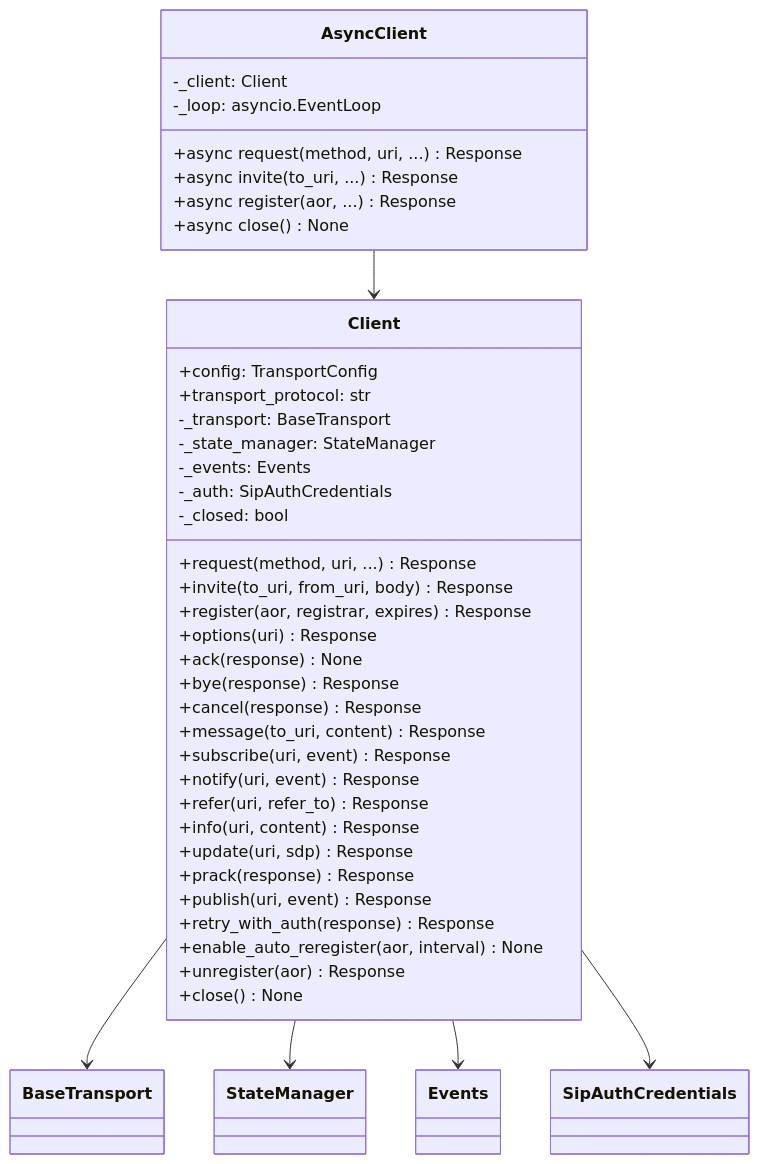
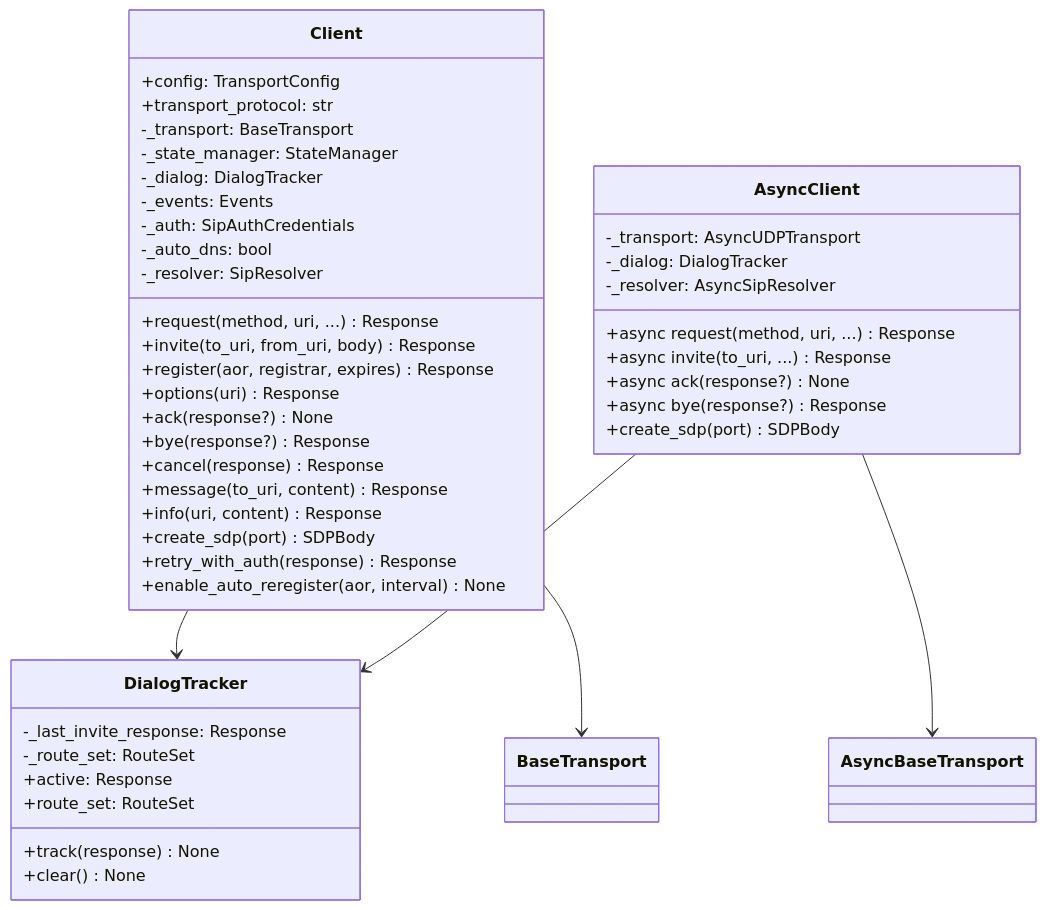
Before and after one commit to oornnery/sipx: the second of 9 diagrams in docs/SDD.md, drawn with Mermaid. The commit also changed other lines of this file and 18 other files, not shown here.

Commit message:
feat(sipx): add response builders and dialog tracking

````diff
--- a/docs/SDD.md
+++ b/docs/SDD.md
@@ -209,46 +270,51 @@
 ```mermaid
 classDiagram
     class Client {
         +config: TransportConfig
         +transport_protocol: str
         -_transport: BaseTransport
         -_state_manager: StateManager
+        -_dialog: DialogTracker
         -_events: Events
         -_auth: SipAuthCredentials
-        -_closed: bool
+        -_auto_dns: bool
+        -_resolver: SipResolver
         +request(method, uri, ...) Response
         +invite(to_uri, from_uri, body) Response
         +register(aor, registrar, expires) Response
         +options(uri) Response
-        +ack(response) None
-        +bye(response) Response
+        +ack(response?) None
+        +bye(response?) Response
         +cancel(response) Response
         +message(to_uri, content) Response
-        +subscribe(uri, event) Response
-        +notify(uri, event) Response
-        +refer(uri, refer_to) Response
         +info(uri, content) Response
-        +update(uri, sdp) Response
-        +prack(response) Response
-        +publish(uri, event) Response
+        +create_sdp(port) SDPBody
         +retry_with_auth(response) Response
         +enable_auto_reregister(aor, interval) None
-        +unregister(aor) Response
-        +close() None
     }
 
     class AsyncClient {
-        -_client: Client
-        -_loop: asyncio.EventLoop
+        -_transport: AsyncUDPTransport
+        -_dialog: DialogTracker
+        -_resolver: AsyncSipResolver
         +async request(method, uri, ...) Response
         +async invite(to_uri, ...) Response
-        +async register(aor, ...) Response
-        +async close() None
+        +async ack(response?) None
+        +async bye(response?) Response
+        +create_sdp(port) SDPBody
     }
 
+    class DialogTracker {
+        -_last_invite_response: Response
+        -_route_set: RouteSet
+        +track(response) None
+        +active: Response
+        +route_set: RouteSet
+        +clear() None
+    }
+
+    Client --> DialogTracker
+    AsyncClient --> DialogTracker
     Client --> BaseTransport
-    Client --> StateManager
-    Client --> Events
-    Client --> SipAuthCredentials
-    AsyncClient --> Client
+    AsyncClient --> AsyncBaseTransport
 ```
````
